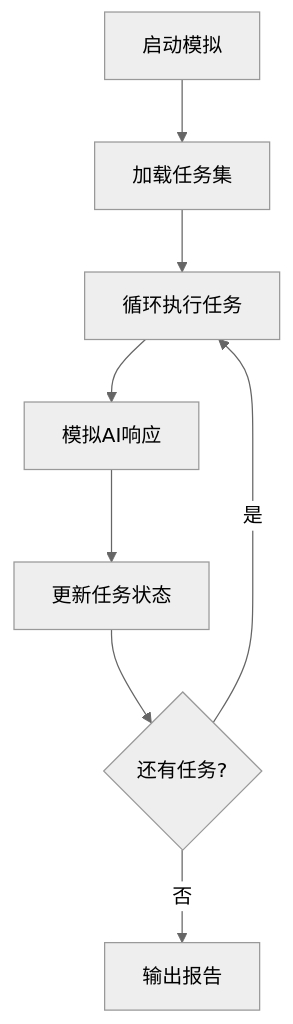
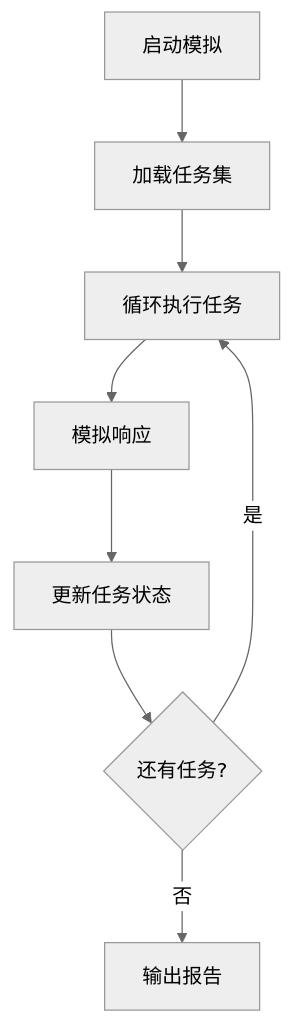
One commit to Maki3991/study-PactLedger changed the sixth of 8 diagrams in .qoder/repowiki/zh/content/核心组件/AI智能体系统.md. Above: the diagram before and after it, drawn with Mermaid (neutral theme). The commit also changed other lines of this file and 8 other files, not shown here.

````diff
--- a/.qoder/repowiki/zh/content/核心组件/AI智能体系统.md
+++ b/.qoder/repowiki/zh/content/核心组件/AI智能体系统.md
@@ -415,10 +270,10 @@
 ```mermaid
 flowchart TD
 SimStart["启动模拟"] --> LoadTasks["加载任务集"]
 LoadTasks --> RunLoop["循环执行任务"]
-RunLoop --> MockAI["模拟AI响应"]
+RunLoop --> MockAI["模拟响应"]
 MockAI --> UpdateState["更新任务状态"]
 UpdateState --> Next{"还有任务?"}
 Next --> |是| RunLoop
 Next --> |否| SimEnd["输出报告"]
 ```
````
